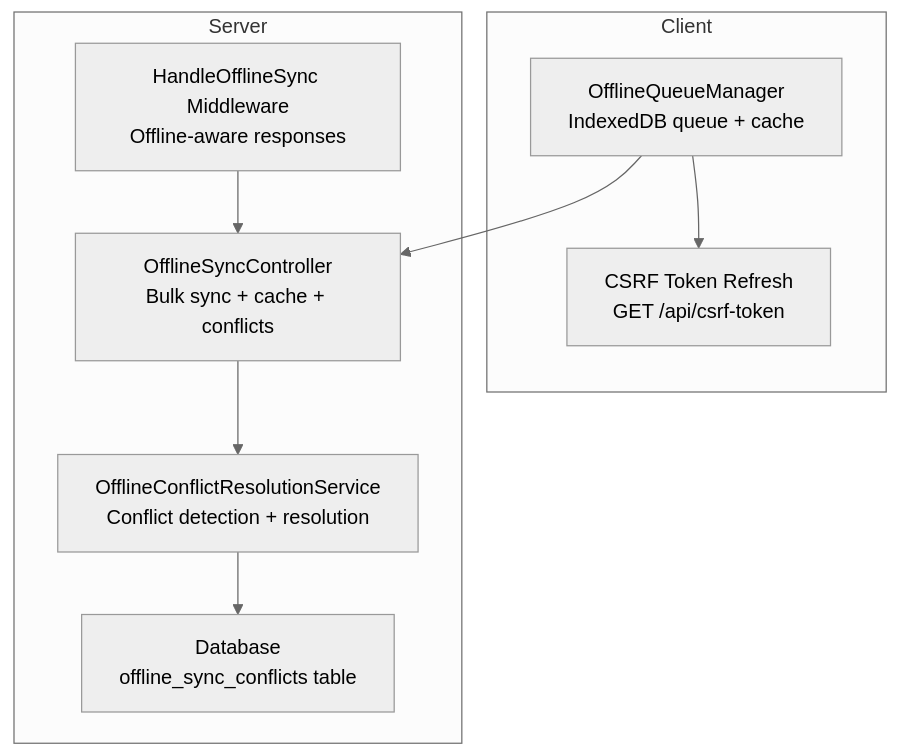
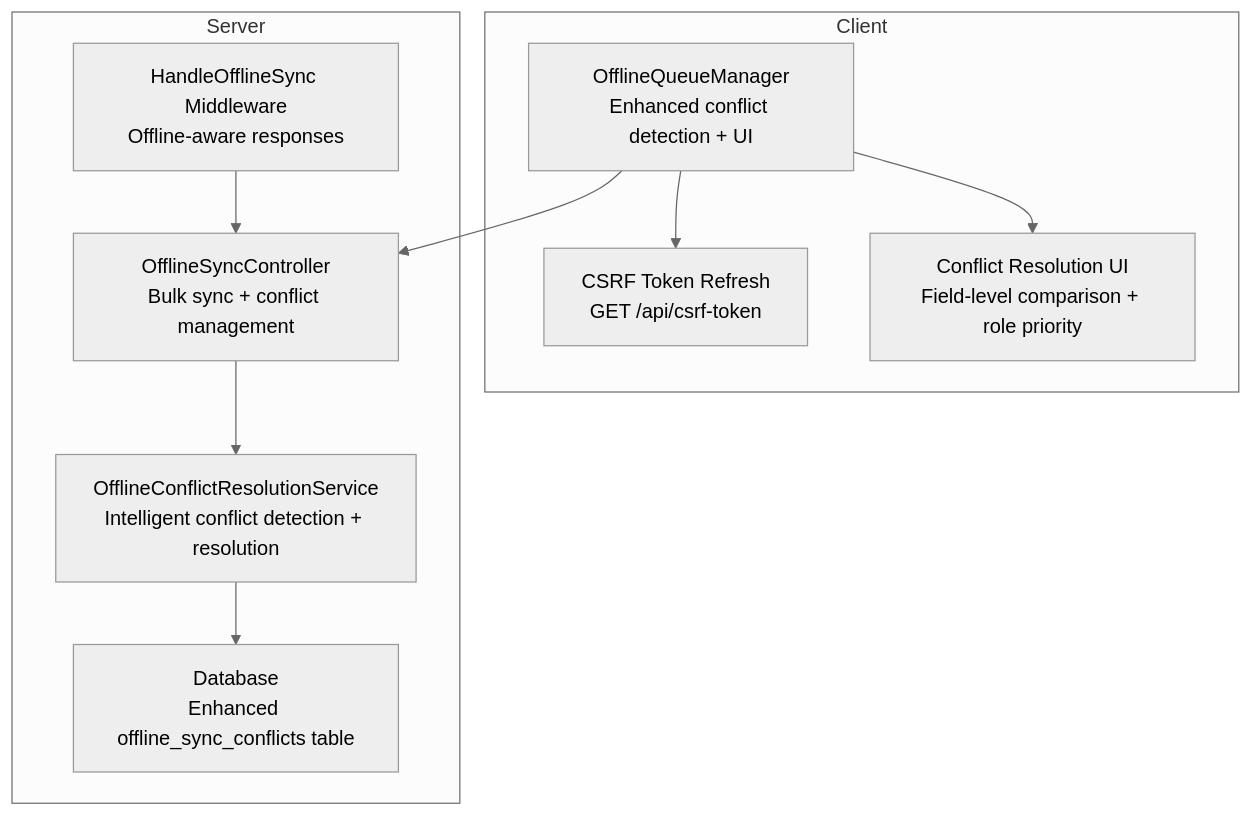
One commit to wahyudedik/qalcuityERP changed the first of 4 diagrams in .qoder/repowiki/en/content/API Documentation/Offline Sync API.md. Above: the diagram before and after it, drawn with Mermaid (neutral theme). The commit also changed other lines of this file and 626 other files, not shown here.

````diff
--- a/.qoder/repowiki/en/content/API Documentation/Offline Sync API.md
+++ b/.qoder/repowiki/en/content/API Documentation/Offline Sync API.md
@@ -31,18 +46,20 @@
 ```mermaid
 graph TB
 subgraph "Client"
-OM["OfflineQueueManager<br/>IndexedDB queue + cache"]
+OM["OfflineQueueManager<br/>Enhanced conflict detection + UI"]
 CS["CSRF Token Refresh<br/>GET /api/csrf-token"]
+UI["Conflict Resolution UI<br/>Field-level comparison + role priority"]
 end
 subgraph "Server"
-OSC["OfflineSyncController<br/>Bulk sync + cache + conflicts"]
-CRS["OfflineConflictResolutionService<br/>Conflict detection + resolution"]
+OSC["OfflineSyncController<br/>Bulk sync + conflict management"]
+CRS["OfflineConflictResolutionService<br/>Intelligent conflict detection + resolution"]
 MW["HandleOfflineSync Middleware<br/>Offline-aware responses"]
-DB["Database<br/>offline_sync_conflicts table"]
+DB["Database<br/>Enhanced offline_sync_conflicts table"]
 end
 OM --> CS
+OM --> UI
 OM --> OSC
 OSC --> CRS
 CRS --> DB
 MW --> OSC
 ```
````
